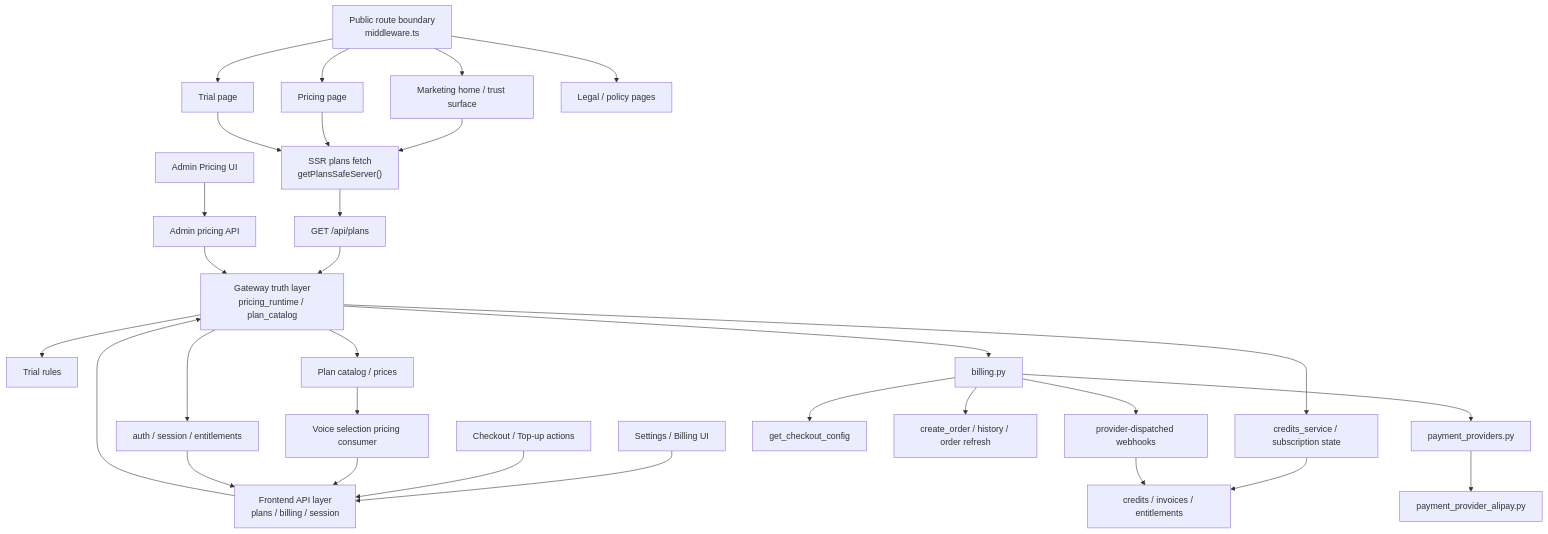
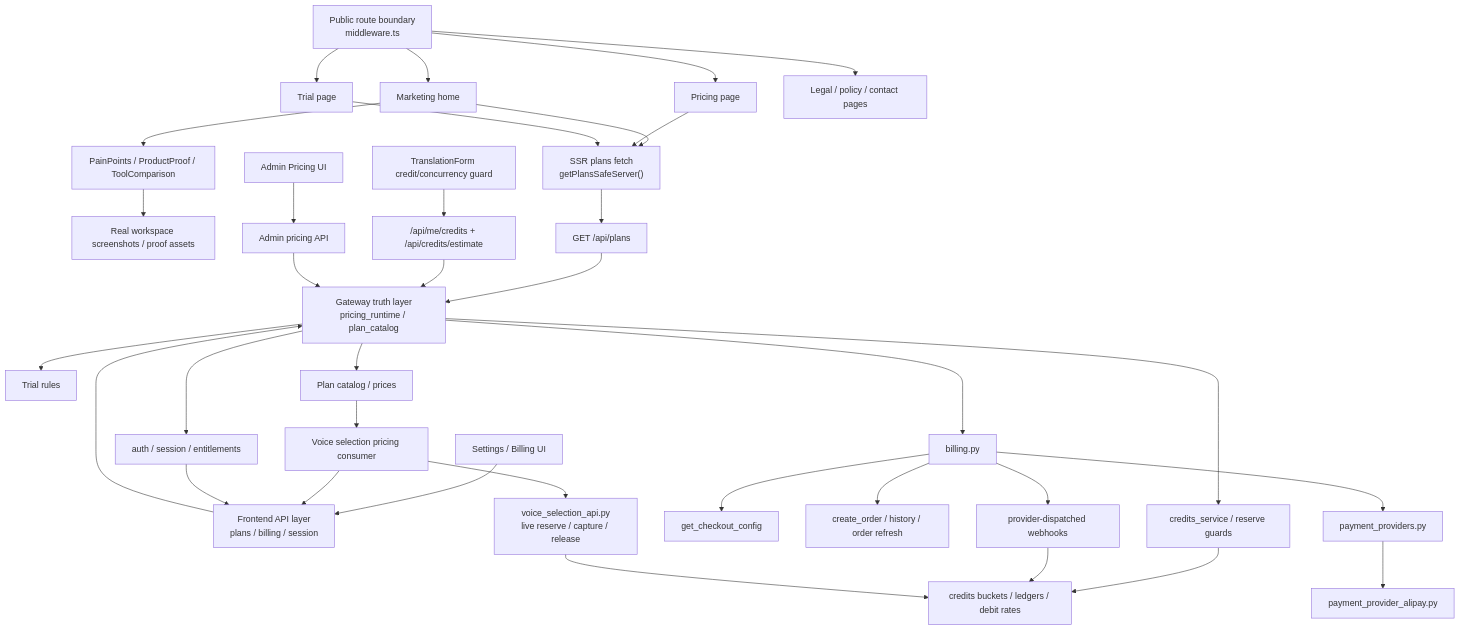
Before and after one commit to sun9bear/AITransVideo: the diagram in docs/graphs/GITNEXUS_COMMERCIALIZATION_GRAPH.md, drawn with Mermaid. The commit also changed other lines of this file and 6 other files, not shown here.

Commit message:
docs(graphs): refresh GitNexus graphs to 1934901

````diff
--- a/docs/graphs/GITNEXUS_COMMERCIALIZATION_GRAPH.md
+++ b/docs/graphs/GITNEXUS_COMMERCIALIZATION_GRAPH.md
@@ -19,38 +19,43 @@
 ```mermaid
 graph TD
-    PublicRoutes["Public route boundary<br/>middleware.ts"] --> Home["Marketing home / trust surface"]
+    PublicRoutes["Public route boundary<br/>middleware.ts"] --> Home["Marketing home"]
     PublicRoutes --> PricingPage["Pricing page"]
     PublicRoutes --> TrialPage["Trial page"]
-    PublicRoutes --> Legal["Legal / policy pages"]
+    PublicRoutes --> Legal["Legal / policy / contact pages"]
 
+    Home --> Narrative["PainPoints / ProductProof / ToolComparison"]
+    Narrative --> ProofAssets["Real workspace screenshots / proof assets"]
     Home --> SSRPlans["SSR plans fetch<br/>getPlansSafeServer()"]
     PricingPage --> SSRPlans
     TrialPage --> SSRPlans
     SSRPlans --> PublicPlans["GET /api/plans"]
     PublicPlans --> GatewayTruth
 
     BillingCenter["Settings / Billing UI"] --> FrontAPI
-    Checkout["Checkout / Top-up actions"] --> FrontAPI
+    CreateJob["TranslationForm credit/concurrency guard"] --> CreditsRead["/api/me/credits + /api/credits/estimate"]
     VoicePricing["Voice selection pricing consumer"] --> FrontAPI
     AdminPricing["Admin Pricing UI"] --> AdminAPI
 
     FrontAPI["Frontend API layer<br/>plans / billing / session"] --> GatewayTruth
+    CreditsRead --> GatewayTruth
     AdminAPI["Admin pricing API"] --> GatewayTruth
 
     GatewayTruth["Gateway truth layer<br/>pricing_runtime / plan_catalog"] --> TrialRules["Trial rules"]
     GatewayTruth --> Plans["Plan catalog / prices"]
-    GatewayTruth --> Credits["credits_service / subscription state"]
+    GatewayTruth --> Credits["credits_service / reserve guards"]
     GatewayTruth --> Billing["billing.py"]
     GatewayTruth --> Session["auth / session / entitlements"]
 
     Billing --> ProviderConfig["get_checkout_config"]
     Billing --> Orders["create_order / history / order refresh"]
     Billing --> Webhooks["provider-dispatched webhooks"]
     Billing --> Providers["payment_providers.py"]
     Providers --> Alipay["payment_provider_alipay.py"]
 
     Plans --> VoicePricing
-    Credits --> Ledger["credits / invoices / entitlements"]
+    VoicePricing --> CloneFlow["voice_selection_api.py<br/>live reserve / capture / release"]
+    Credits --> Ledger["credits buckets / ledgers / debit rates"]
     Webhooks --> Ledger
+    CloneFlow --> Ledger
     Session --> FrontAPI
 ```
````
